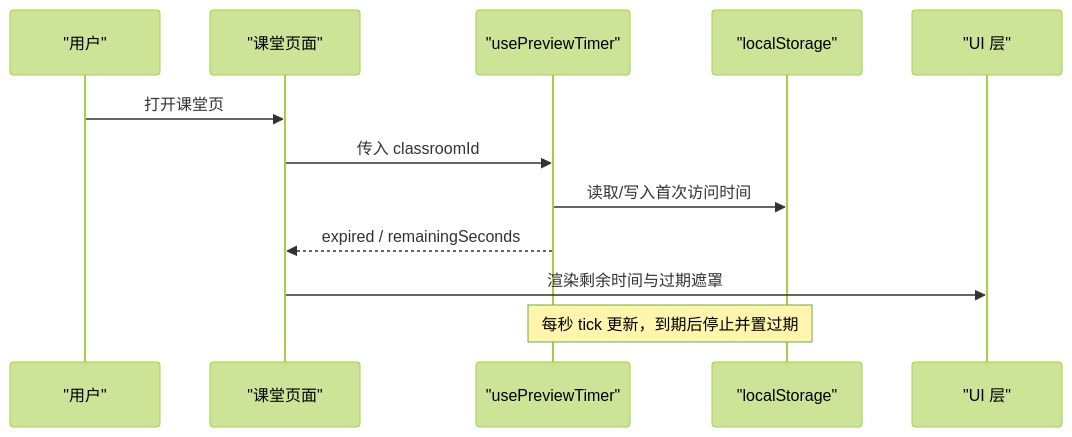
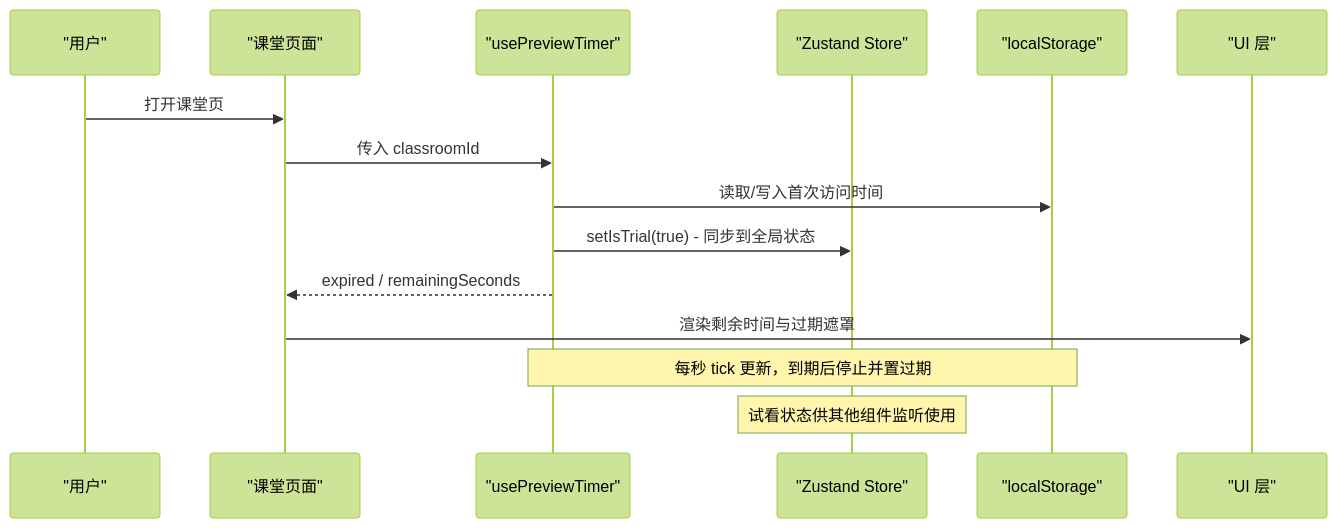
One commit to huangboheng/OpenMAIC changed the first of 2 diagrams in .qoder/repowiki/zh/content/架构设计/前端架构设计/组件系统架构/预览计时器钩子.md. Above: the diagram before and after it, drawn with Mermaid (forest theme). The commit also changed other lines of this file and 41 other files, not shown here.

````diff
--- a/.qoder/repowiki/zh/content/架构设计/前端架构设计/组件系统架构/预览计时器钩子.md
+++ b/.qoder/repowiki/zh/content/架构设计/前端架构设计/组件系统架构/预览计时器钩子.md
@@ -27,14 +39,17 @@
 ```mermaid
 sequenceDiagram
 participant U as "用户"
 participant C as "课堂页面"
 participant H as "usePreviewTimer"
+participant S as "Zustand Store"
 participant LS as "localStorage"
 participant UI as "UI 层"
 U->>C : 打开课堂页
 C->>H : 传入 classroomId
 H->>LS : 读取/写入首次访问时间
+H->>S : setIsTrial(true) - 同步到全局状态
 H-->>C : expired / remainingSeconds
 C->>UI : 渲染剩余时间与过期遮罩
 Note over H,LS : 每秒 tick 更新，到期后停止并置过期
+Note over S : 试看状态供其他组件监听使用
 ```
````
